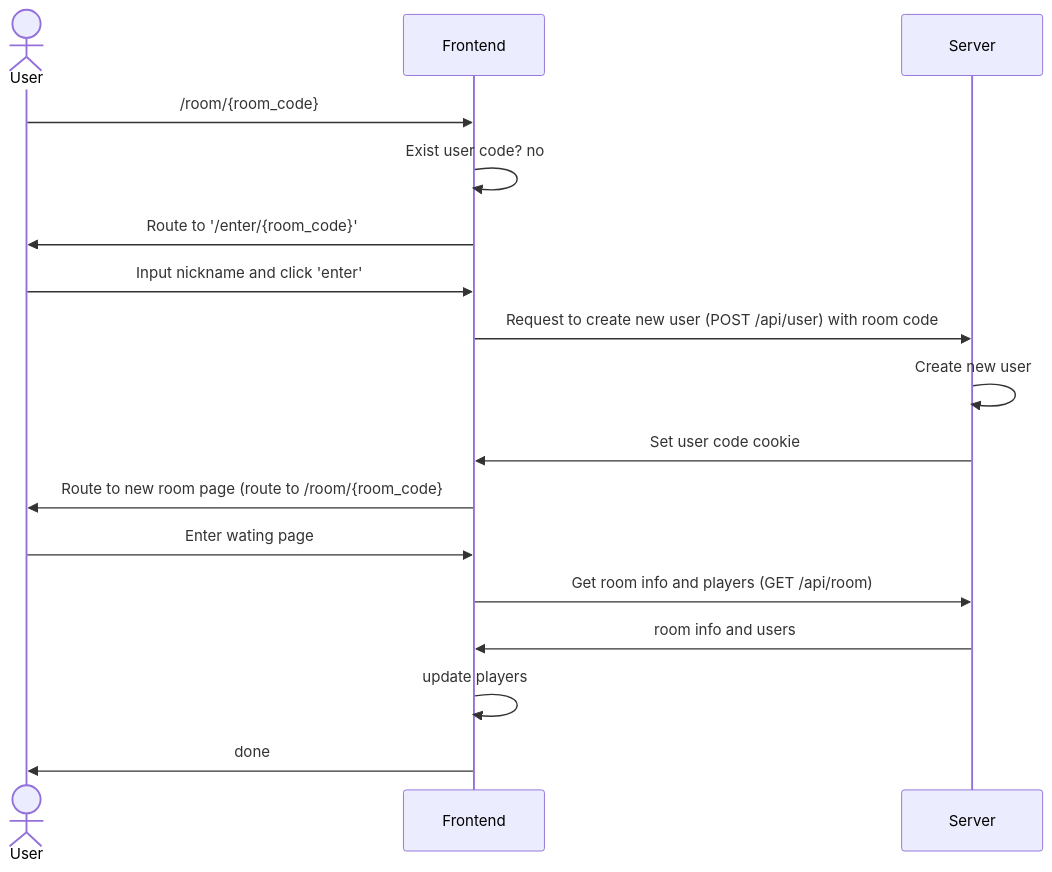
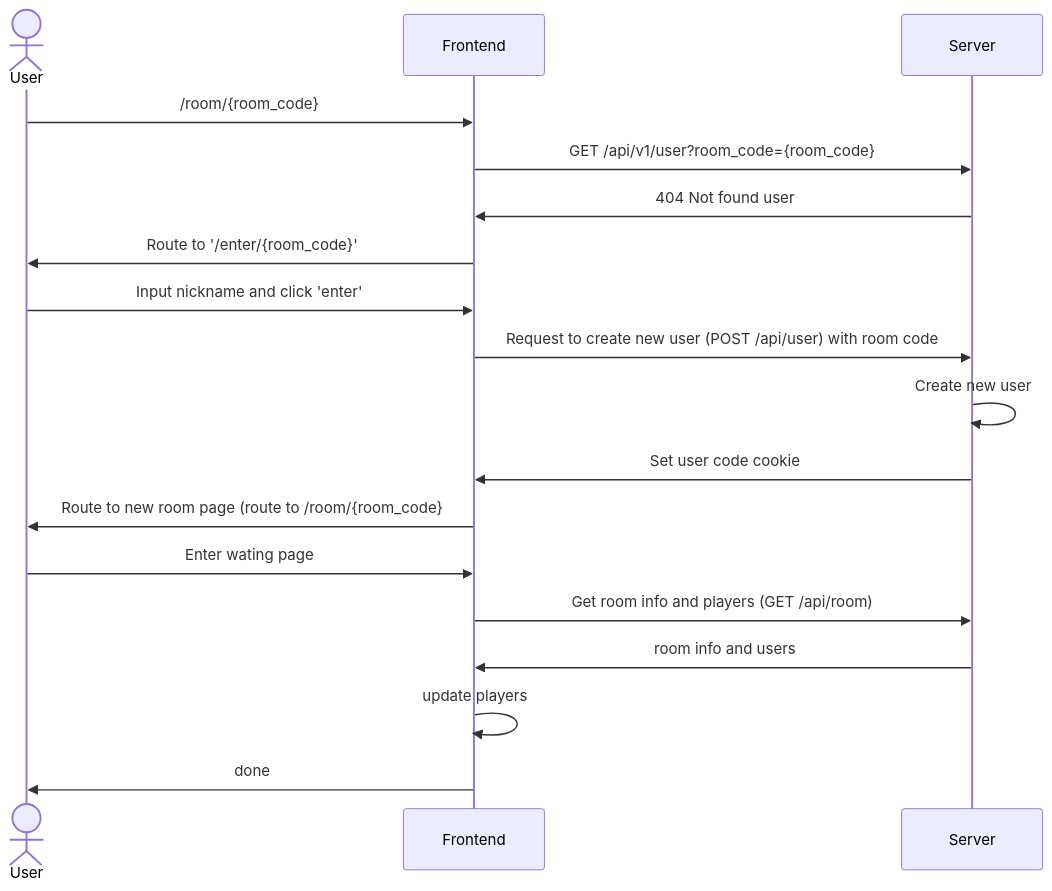
The diagram in liar-game-app/docs/user_join_new_room_without_cookie.md (youngcha-lab/liar-game), drawn with Mermaid before and after one commit. The commit also changed 1 other file, not shown here.

Commit message:
Update flow chart

````diff
--- a/liar-game-app/docs/user_join_new_room_without_cookie.md
+++ b/liar-game-app/docs/user_join_new_room_without_cookie.md
@@ -1,22 +1,24 @@
 ```mermaid
 sequenceDiagram
 actor user as User
 participant fe as Frontend
 participant server as Server
 
 user ->> fe: /room/{room_code} 
-fe ->> fe: Exist user code? no 
+fe ->> server: GET /api/v1/user?room_code={room_code}
+server ->> fe: 404 Not found user
+
 fe ->> user: Route to '/enter/{room_code}'
 user ->> fe: Input nickname and click 'enter'
 
 fe ->> server: Request to create new user (POST /api/user) with room code
 server ->> server: Create new user
 server ->> fe: Set user code cookie
 
 fe ->> user: Route to new room page (route to /room/{room_code}
 user ->> fe: Enter wating page
 fe ->> server: Get room info and players (GET /api/room)
 server ->> fe : room info and users
 fe ->> fe: update players
 fe ->> user: done
 ```
````
